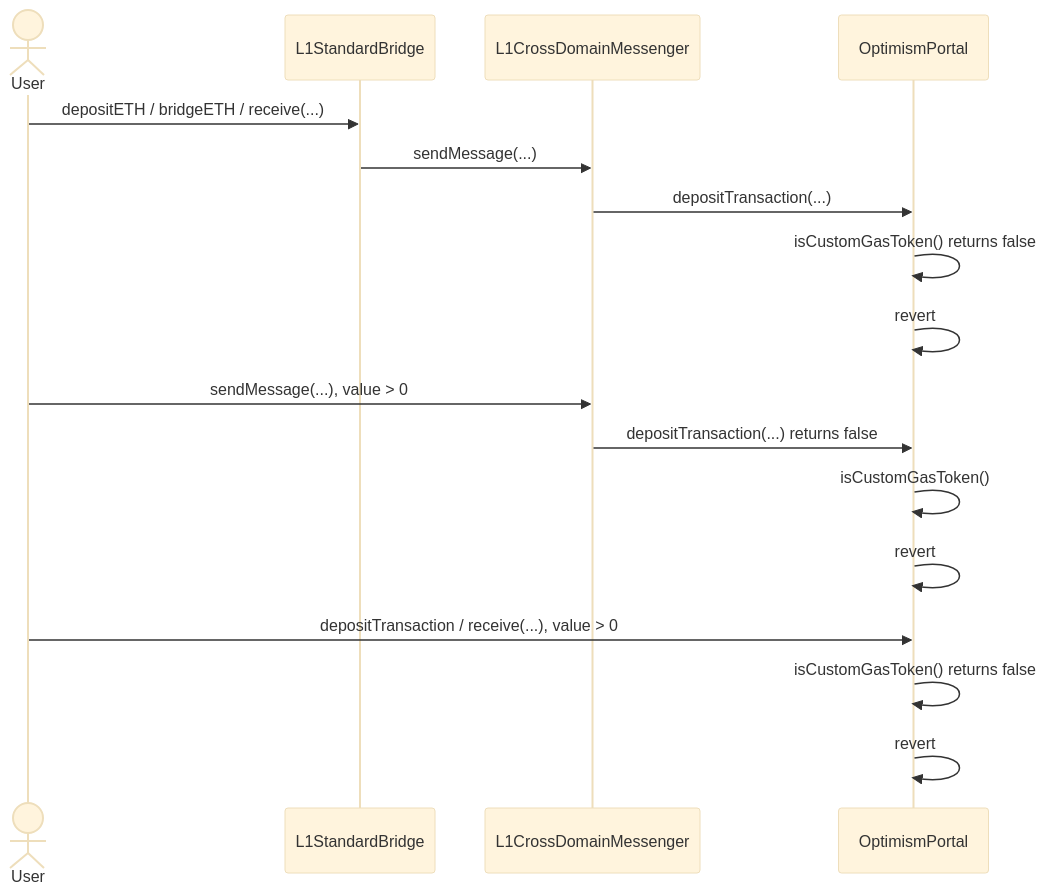
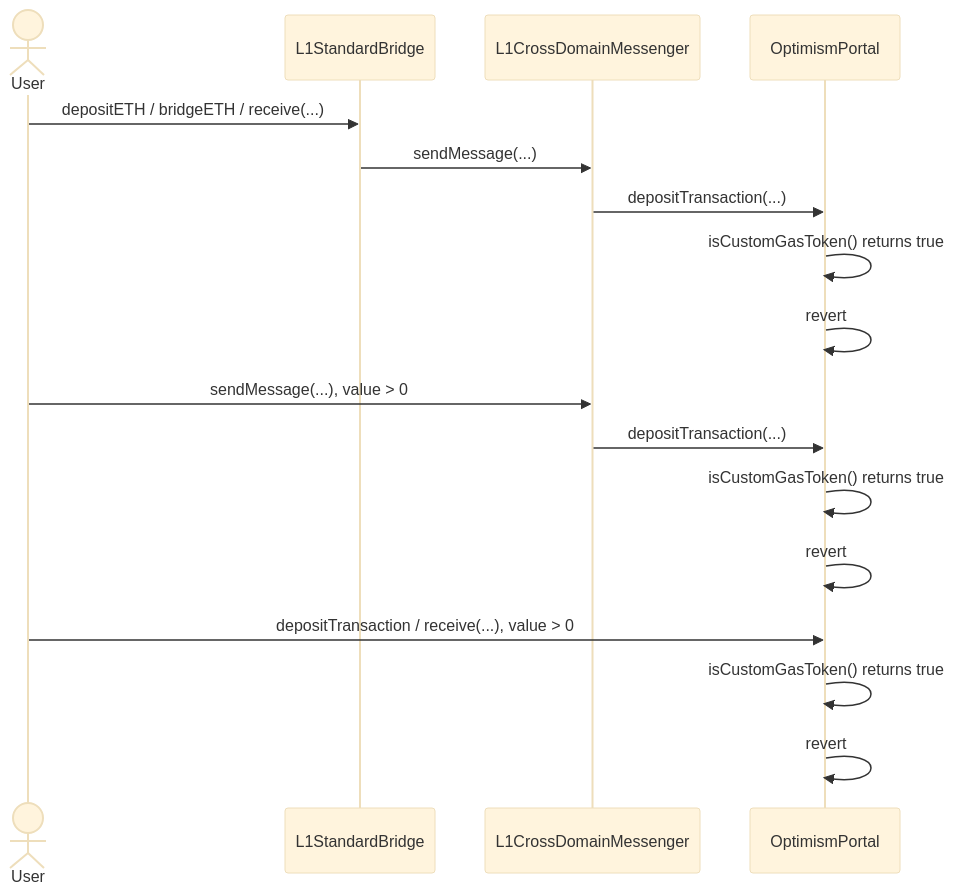
Before and after one commit to ethereum-optimism/design-docs: the fourth of 7 diagrams in protocol/custom-gas-token.md, drawn with Mermaid (base theme).

Commit message:
docs: fix mermaid

````diff
--- a/protocol/custom-gas-token.md
+++ b/protocol/custom-gas-token.md
@@ -334,23 +334,23 @@
 ```mermaid
  sequenceDiagram
     actor U as User
     participant SB as L1StandardBridge
     participant XDM as L1CrossDomainMessenger
     participant OP as OptimismPortal
     
     U->>SB: depositETH / bridgeETH / receive(...)
     SB->>XDM: sendMessage(...)
     XDM->>OP: depositTransaction(...)
-    OP->>OP: isCustomGasToken() returns false
+    OP->>OP: isCustomGasToken() returns true
     OP->>OP: revert
 
     U->>XDM: sendMessage(...), value > 0
-    XDM->>OP: depositTransaction(...) returns false
-    OP->>OP: isCustomGasToken()
+    XDM->>OP: depositTransaction(...)
+    OP->>OP: isCustomGasToken() returns true
     OP->>OP: revert
 
     U->>OP: depositTransaction / receive(...), value > 0
-    OP->>OP: isCustomGasToken() returns false
+    OP->>OP: isCustomGasToken() returns true
     OP->>OP: revert
 
 ```
````
